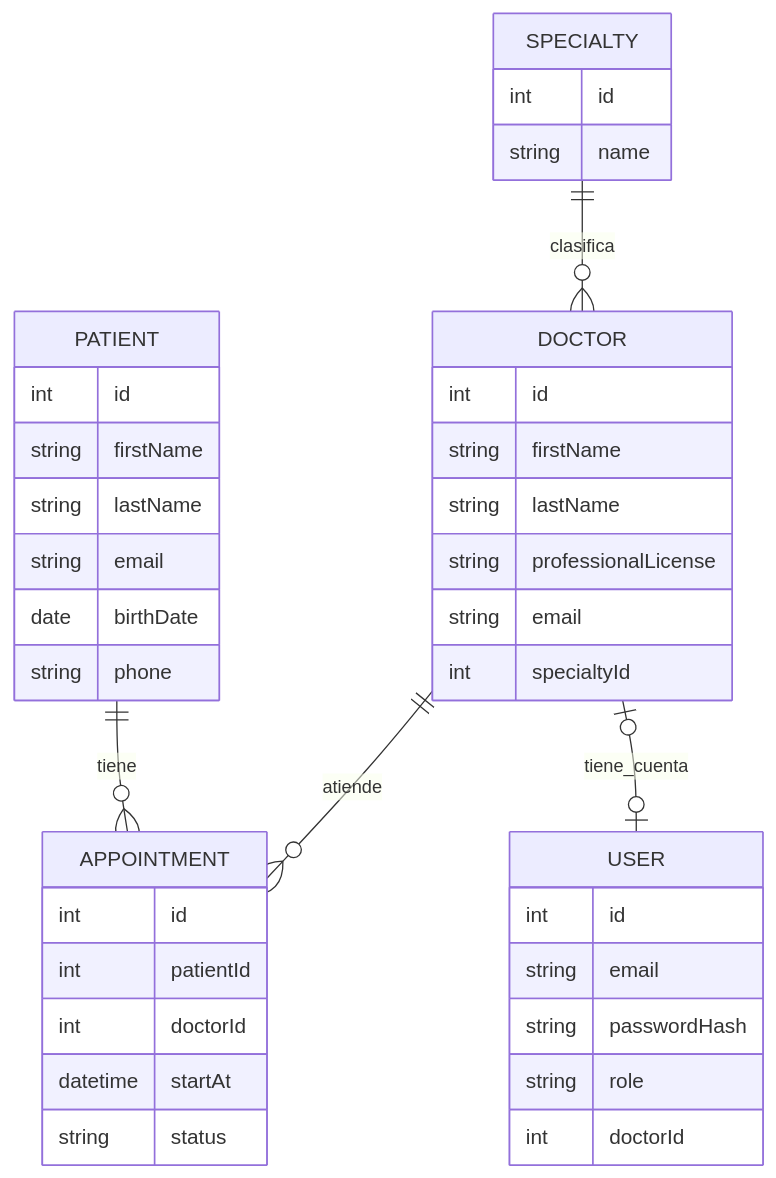
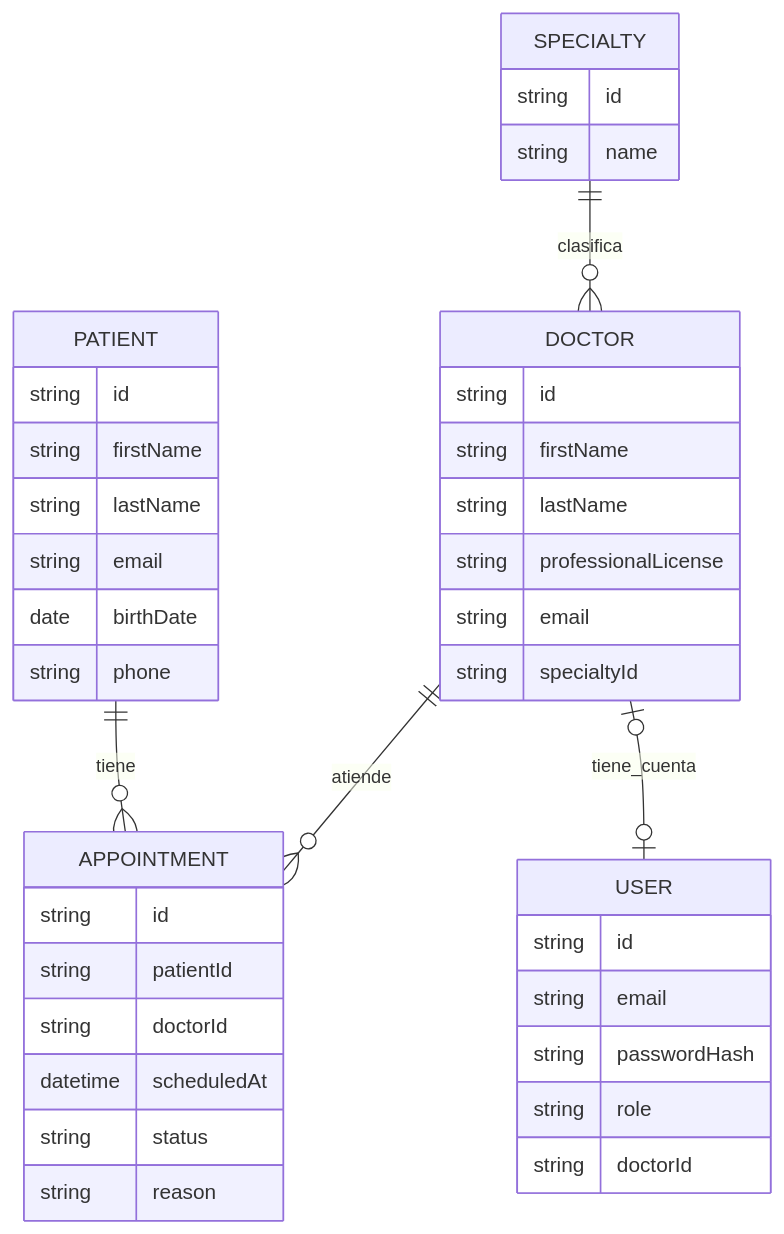
The diagram in docs/03.0_diagram-er.md (DocGus/FUNVAL-prisma-clinica_salud_integral), drawn with Mermaid before and after one commit. The commit also changed other lines of this file and 12 other files, not shown here.

````diff
--- a/docs/03.0_diagram-er.md
+++ b/docs/03.0_diagram-er.md
@@ -352,46 +306,47 @@
 ```mermaid
 erDiagram
     SPECIALTY ||--o{ DOCTOR : clasifica
     PATIENT ||--o{ APPOINTMENT : tiene
     DOCTOR ||--o{ APPOINTMENT : atiende
     DOCTOR o|--o| USER : tiene_cuenta
 
     PATIENT {
-        int id
+        string id
         string firstName
         string lastName
         string email
         date birthDate
         string phone
     }
 
     DOCTOR {
-        int id
+        string id
         string firstName
         string lastName
         string professionalLicense
         string email
-        int specialtyId
+        string specialtyId
     }
 
     SPECIALTY {
-        int id
+        string id
         string name
     }
 
     APPOINTMENT {
-        int id
-        int patientId
-        int doctorId
-        datetime startAt
+        string id
+        string patientId
+        string doctorId
+        datetime scheduledAt
         string status
+        string reason
     }
 
     USER {
-        int id
+        string id
         string email
         string passwordHash
         string role
-        int doctorId
+        string doctorId
     }
 ```
````
